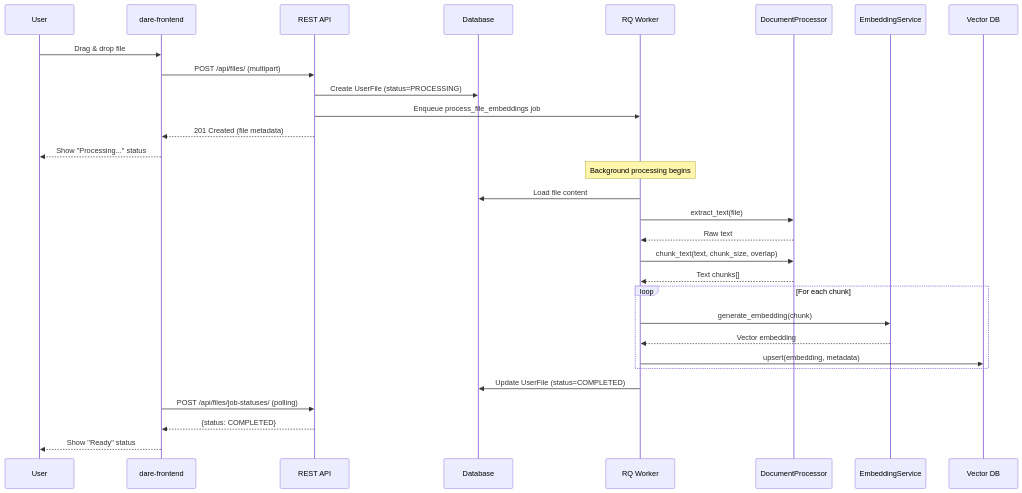
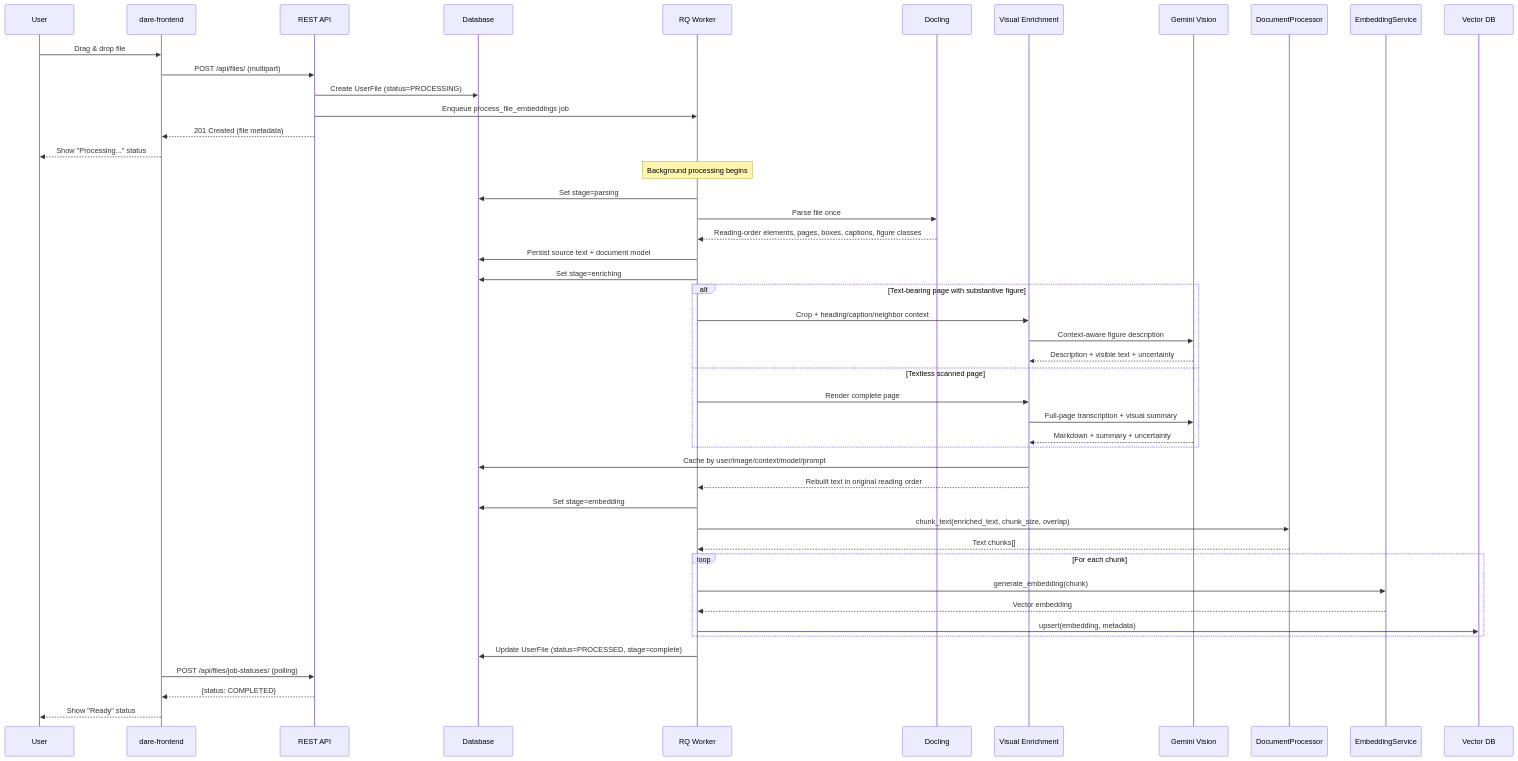
Before and after one commit to cmudco/dare-backend: the second of 5 diagrams in docs/architecture/data-flows.md, drawn with Mermaid. The commit also changed other lines of this file and 18 other files, not shown here.

Commit message:
feat: enrich Docling documents with vision context

````diff
--- a/docs/architecture/data-flows.md
+++ b/docs/architecture/data-flows.md
@@ -57,37 +57,56 @@
 ```mermaid
 sequenceDiagram
     participant User
     participant FE as dare-frontend
     participant API as REST API
     participant DB as Database
     participant RQ as RQ Worker
+    participant DL as Docling
+    participant VE as Visual Enrichment
+    participant GM as Gemini Vision
     participant DP as DocumentProcessor
     participant ES as EmbeddingService
     participant VDB as Vector DB
 
     User->>FE: Drag & drop file
     FE->>API: POST /api/files/ (multipart)
     API->>DB: Create UserFile (status=PROCESSING)
     API->>RQ: Enqueue process_file_embeddings job
     API-->>FE: 201 Created (file metadata)
     FE-->>User: Show "Processing..." status
 
     Note over RQ: Background processing begins
-    RQ->>DB: Load file content
-    RQ->>DP: extract_text(file)
-    DP-->>RQ: Raw text
-    RQ->>DP: chunk_text(text, chunk_size, overlap)
+    RQ->>DB: Set stage=parsing
+    RQ->>DL: Parse file once
+    DL-->>RQ: Reading-order elements, pages, boxes, captions, figure classes
+    RQ->>DB: Persist source text + document model
+
+    RQ->>DB: Set stage=enriching
+    alt Text-bearing page with substantive figure
+        RQ->>VE: Crop + heading/caption/neighbor context
+        VE->>GM: Context-aware figure description
+        GM-->>VE: Description + visible text + uncertainty
+    else Textless scanned page
+        RQ->>VE: Render complete page
+        VE->>GM: Full-page transcription + visual summary
+        GM-->>VE: Markdown + summary + uncertainty
+    end
+    VE->>DB: Cache by user/image/context/model/prompt
+    VE-->>RQ: Rebuilt text in original reading order
+
+    RQ->>DB: Set stage=embedding
+    RQ->>DP: chunk_text(enriched_text, chunk_size, overlap)
     DP-->>RQ: Text chunks[]
 
     loop For each chunk
         RQ->>ES: generate_embedding(chunk)
         ES-->>RQ: Vector embedding
         RQ->>VDB: upsert(embedding, metadata)
     end
 
-    RQ->>DB: Update UserFile (status=COMPLETED)
+    RQ->>DB: Update UserFile (status=PROCESSED, stage=complete)
 
     FE->>API: POST /api/files/job-statuses/ (polling)
     API-->>FE: {status: COMPLETED}
     FE-->>User: Show "Ready" status
 ```
````
